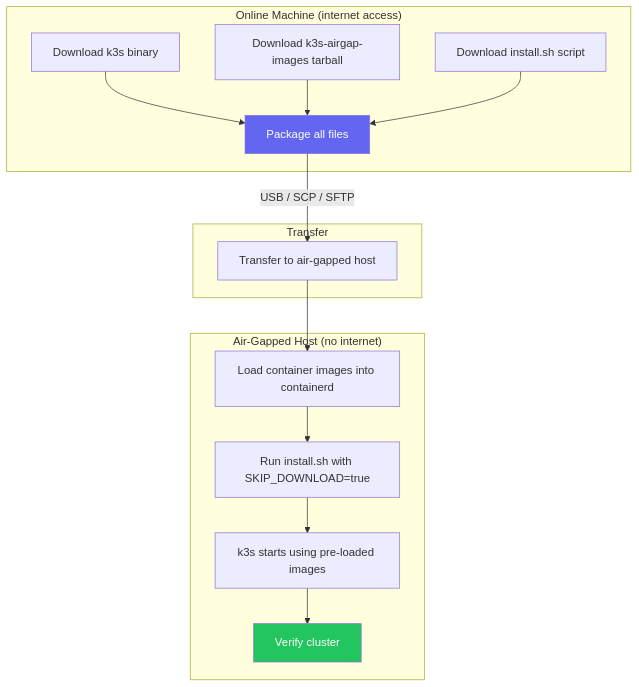
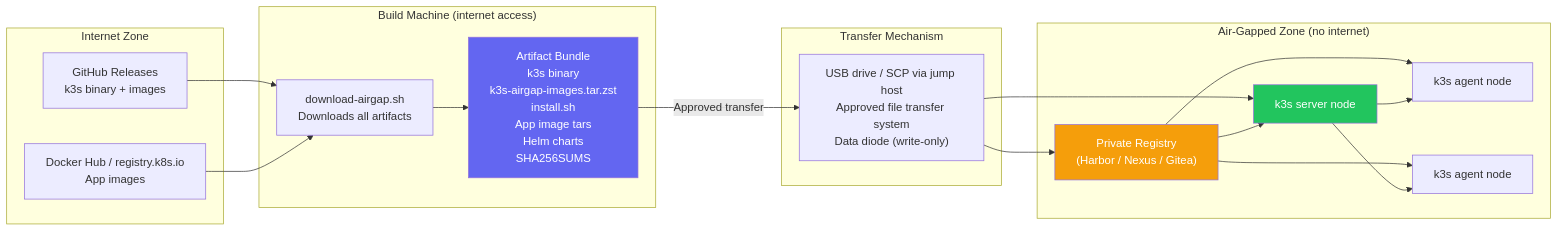
The first of 4 diagrams in 02_installation/03_airgap_install.md (UncleJS/course_k3s), drawn with Mermaid before and after one commit. The commit also changed other lines of this file and 45 other files, not shown here.

First line of the commit message:
Expand all course lessons: Mermaid diagrams + rich prose across 43 files

````diff
--- a/02_installation/03_airgap_install.md
+++ b/02_installation/03_airgap_install.md
@@ -45,23 +80,39 @@
 ```mermaid
-flowchart TD
-    subgraph "Online Machine (internet access)"
-        D1[Download k3s binary]
-        D2[Download k3s-airgap-images tarball]
-        D3[Download install.sh script]
-        D1 & D2 & D3 --> PACK[Package all files]
+flowchart LR
+    subgraph "Internet Zone"
+        GH["GitHub Releases<br/>k3s binary + images"]
+        DOCKERHUB["Docker Hub / registry.k8s.io<br/>App images"]
     end
 
-    subgraph "Transfer"
-        PACK -->|"USB / SCP / SFTP"| TRANSFER[Transfer to air-gapped host]
+    subgraph "Build Machine (internet access)"
+        DL["download-airgap.sh<br/>Downloads all artifacts"]
+        BUNDLE["Artifact Bundle<br/>k3s binary<br/>k3s-airgap-images.tar.zst<br/>install.sh<br/>App image tars<br/>Helm charts<br/>SHA256SUMS"]
     end
 
-    subgraph "Air-Gapped Host (no internet)"
-        TRANSFER --> LOAD[Load container images into containerd]
-        LOAD --> INSTALL[Run install.sh with SKIP_DOWNLOAD=true]
-        INSTALL --> START[k3s starts using pre-loaded images]
-        START --> VERIFY[Verify cluster]
+    subgraph "Transfer Mechanism"
+        TRANS["USB drive / SCP via jump host<br/>Approved file transfer system<br/>Data diode (write-only)"]
     end
 
-    style PACK fill:#6366f1,color:#fff
-    style VERIFY fill:#22c55e,color:#fff
+    subgraph "Air-Gapped Zone (no internet)"
+        REG["Private Registry<br/>(Harbor / Nexus / Gitea)"]
+        NODE1["k3s server node"]
+        NODE2["k3s agent node"]
+        NODE3["k3s agent node"]
+    end
+
+    GH --> DL
+    DOCKERHUB --> DL
+    DL --> BUNDLE
+    BUNDLE -->|"Approved transfer"| TRANS
+    TRANS --> REG
+    TRANS --> NODE1
+    REG --> NODE1
+    REG --> NODE2
+    REG --> NODE3
+    NODE1 --> NODE2
+    NODE1 --> NODE3
+
+    style BUNDLE fill:#6366f1,color:#fff
+    style REG fill:#f59e0b,color:#fff
+    style NODE1 fill:#22c55e,color:#fff
 ```
````
